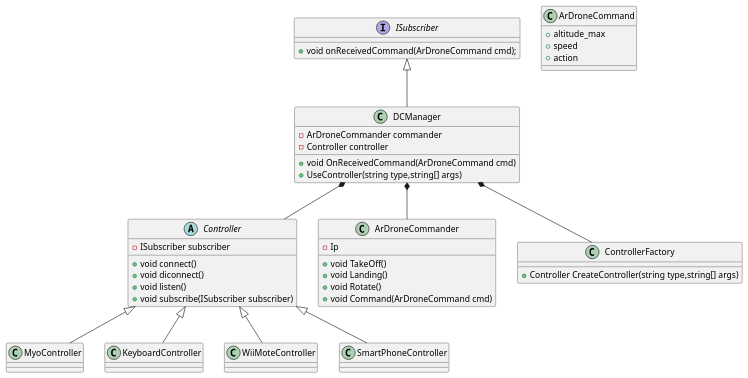
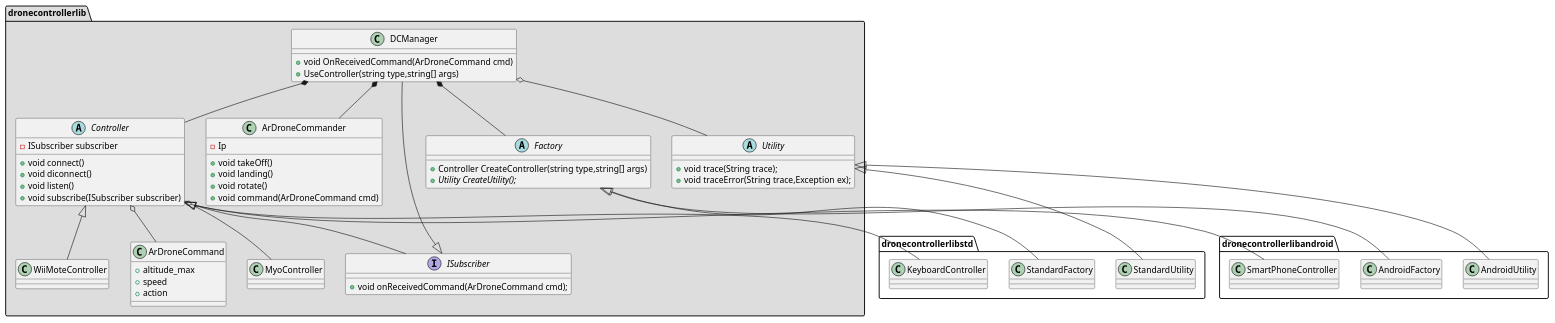
The diagram in Diagramme.puml (sdeltombe/DroneControllerLib), drawn with PlantUML before and after one commit. The commit also changed 12 other files, not shown here.

```diff
--- a/Diagramme.puml
+++ b/Diagramme.puml
@@ -1,62 +1,84 @@
 @startuml
 
+package dronecontrollerlib #DDDDDD{
+DCManager *-- Controller
+DCManager *-- ArDroneCommander
+DCManager *-- Factory
+DCManager o-- Utility
+
+ISubscriber <|-- DCManager
 Controller <|-- MyoController
-Controller <|-- KeyboardController
 Controller <|-- WiiMoteController
-Controller <|-- SmartPhoneController
-DCManager*--Controller
-DCManager*--ArDroneCommander
-DCManager*--ControllerFactory
-ISubscriber <|-- DCManager
-
+Controller o-- ISubscriber
+Controller o-- ArDroneCommand
 
 class DCManager{
-    -ArDroneCommander commander
-    -Controller controller
     +void OnReceivedCommand(ArDroneCommand cmd)
     +UseController(string type,string[] args)
 }
 
-class ControllerFactory{
+abstract Factory{
     +Controller CreateController(string type,string[] args)
+    +{abstract} Utility CreateUtility();
+}
+abstract Utility{
+    + void trace(String trace);
+    + void traceError(String trace,Exception ex);
 }
 class ArDroneCommand{
     +altitude_max
     +speed
     +action
 }
 class ArDroneCommander{
   -Ip
-  +void TakeOff()
-  +void Landing()
-  +void Rotate()
-  +void Command(ArDroneCommand cmd)
+  +void takeOff()
+  +void landing()
+  +void rotate()
+  +void command(ArDroneCommand cmd)
 }
 
 abstract Controller{
     -ISubscriber subscriber
     +void connect()
     +void diconnect()
     +void listen()
     +void subscribe(ISubscriber subscriber)
 }
 
 interface ISubscriber{
      +void onReceivedCommand(ArDroneCommand cmd);
 }
+class WiiMoteController {
 
+}
 class MyoController {
    
 }
-
-class KeyboardController {
-  
-}
-class SmartPhoneController {
-
-}
-class WiiMoteController {
-
 }
 
+package dronecontrollerlibstd{
+    Controller <|-- KeyboardController
+    Factory <|-- StandardFactory
+    Utility <|-- StandardUtility
+    class KeyboardController{
+    }
+    class StandardFactory{
+    }
+    class StandardUtility{
+    }
+}
+package dronecontrollerlibandroid{
+    Controller <|-- SmartPhoneController
+    Factory <|-- AndroidFactory
+    Utility <|-- AndroidUtility
+    class SmartPhoneController{
+    }
+    class AndroidFactory{
+    }
+    class AndroidUtility{
+    }
+}
+
+
 @enduml
```
